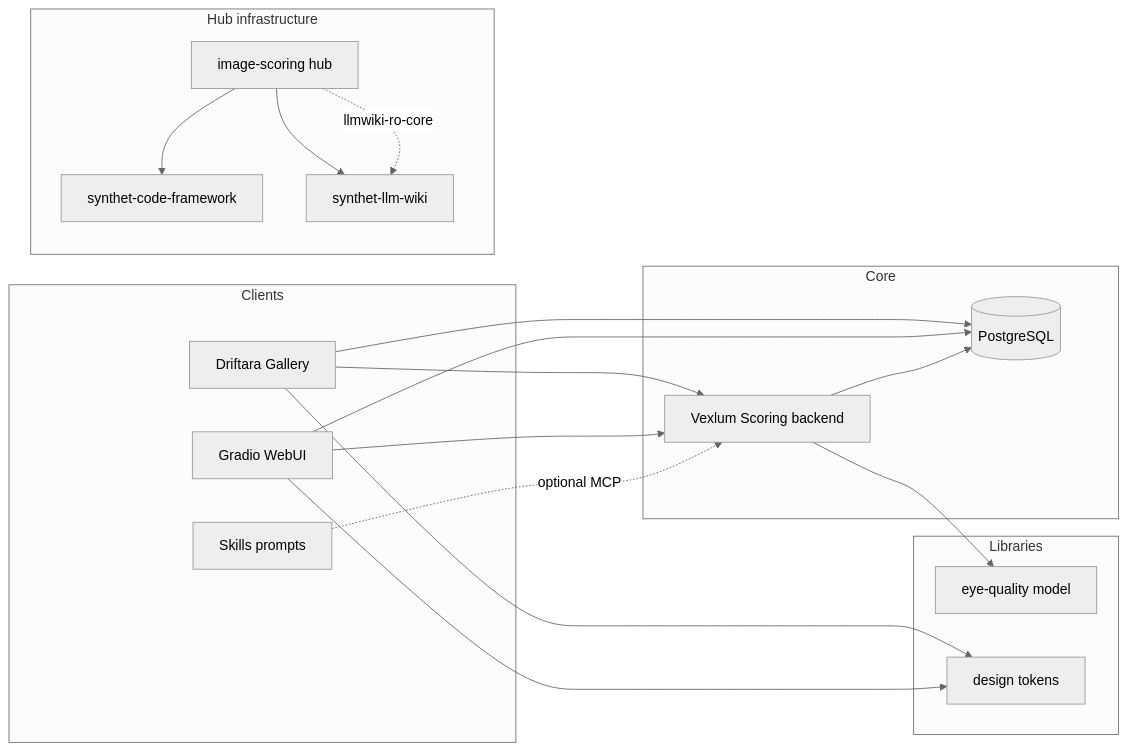
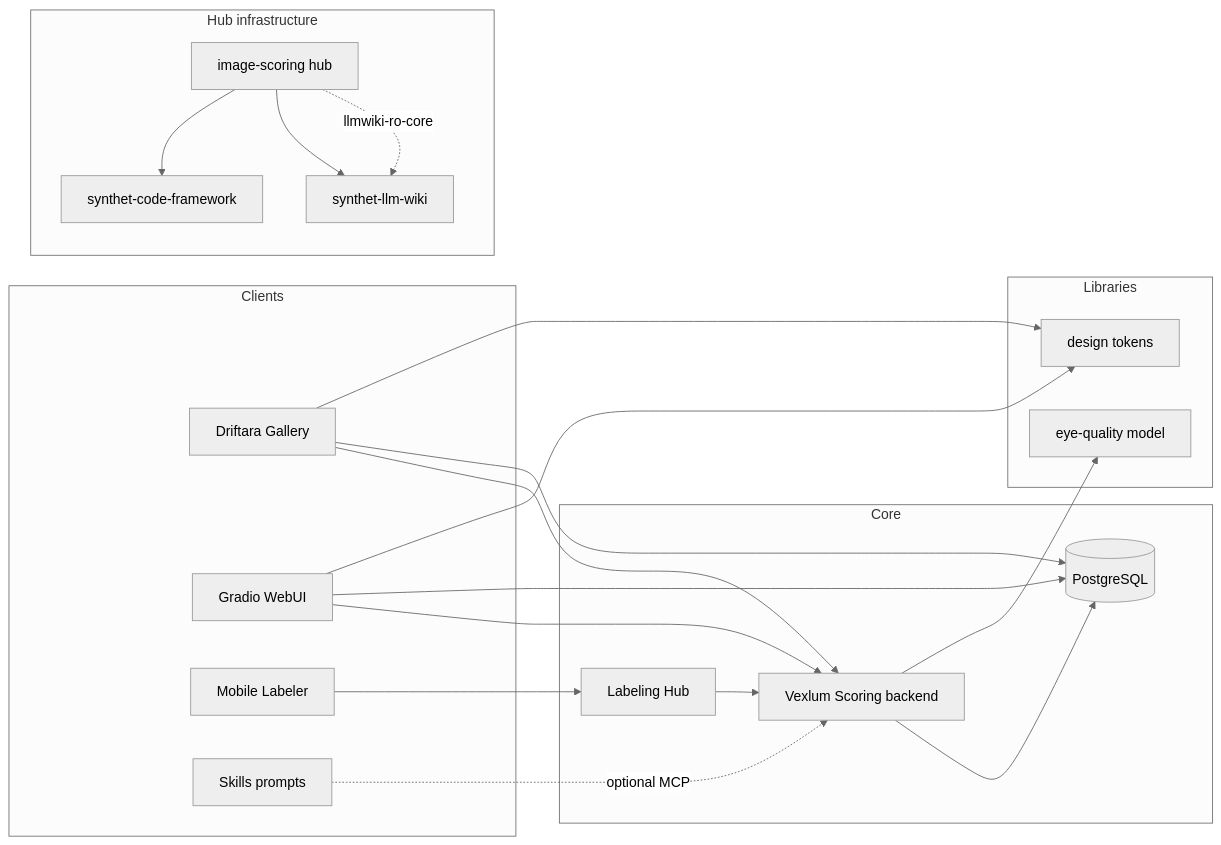
The diagram in docs/ECOSYSTEM.md (synthet/image-scoring), drawn with Mermaid (neutral theme) before and after one commit. The commit also changed other lines of this file and 11 other files, not shown here.

````diff
--- a/docs/ECOSYSTEM.md
+++ b/docs/ECOSYSTEM.md
@@ -15,33 +15,37 @@
 ```mermaid
 flowchart LR
   subgraph clients [Clients]
     G[Driftara Gallery]
     W[Gradio WebUI]
+    Mbl[Mobile Labeler]
     S[Skills prompts]
   end
   subgraph core [Core]
     B[Vexlum Scoring backend]
     DB[(PostgreSQL)]
+    Hub[Labeling Hub]
   end
   subgraph libs [Libraries]
     M[eye-quality model]
     U[design tokens]
   end
   subgraph infra [Hub infrastructure]
     H[image-scoring hub]
     F[synthet-code-framework]
     Wk[synthet-llm-wiki]
   end
   H --> F
   H --> Wk
   G --> B
   G --> DB
   W --> B
   W --> DB
+  Mbl --> Hub
+  Hub --> B
   S -. optional MCP .-> B
   B --> DB
   B --> M
   G --> U
   W --> U
   H -. llmwiki-ro-core .-> Wk
 ```
````
